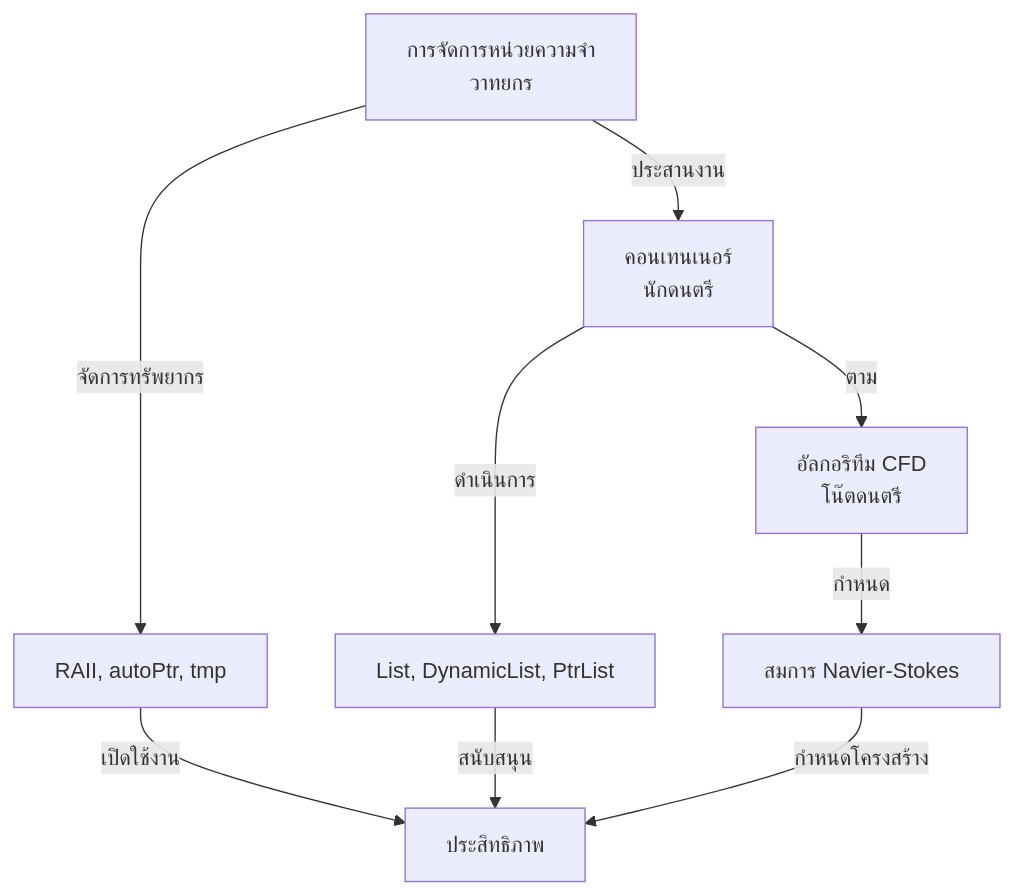
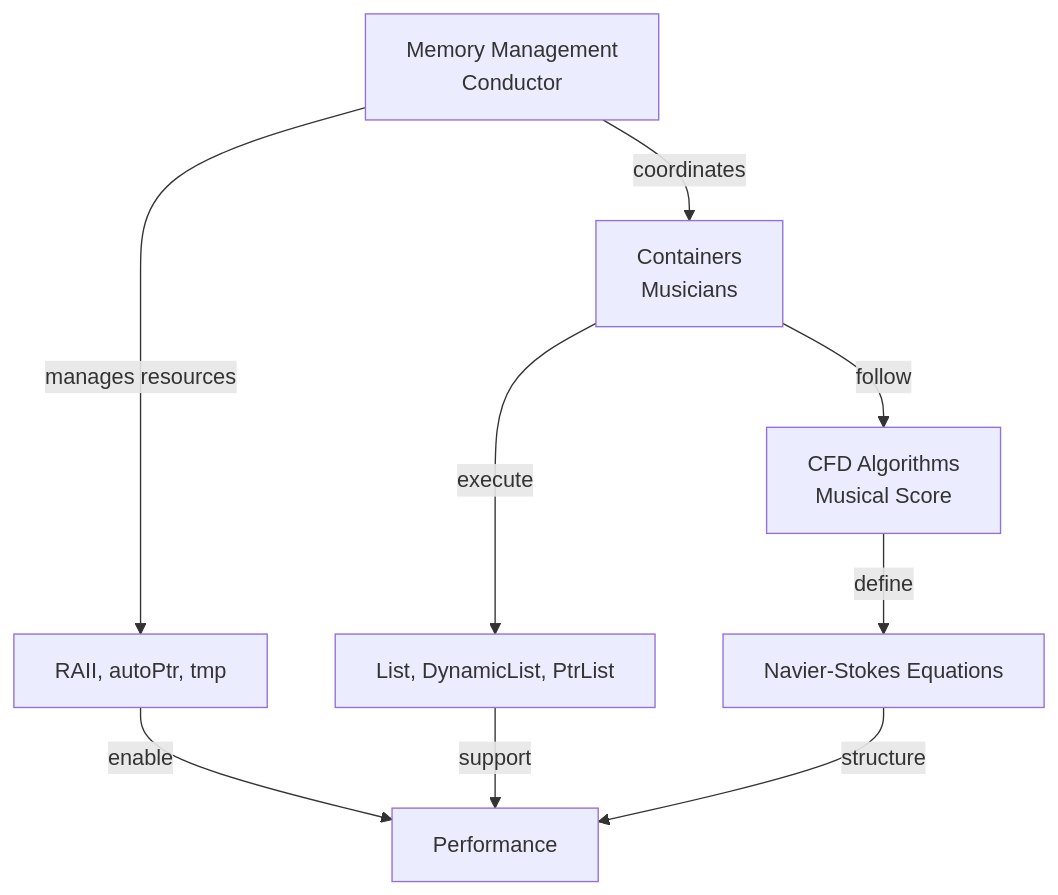
One commit to wramet/build-my-cfd changed the first of 3 diagrams in MODULE_05_OPENFOAM_PROGRAMMING/CONTENT/03_CONTAINERS_MEMORY/04_Integration_and_Best_Practices.md. Above: the diagram before and after it, drawn with Mermaid. The commit also changed other lines of this file and 2996 other files, not shown here.

````diff
--- a/MODULE_05_OPENFOAM_PROGRAMMING/CONTENT/03_CONTAINERS_MEMORY/04_Integration_and_Best_Practices.md
+++ b/MODULE_05_OPENFOAM_PROGRAMMING/CONTENT/03_CONTAINERS_MEMORY/04_Integration_and_Best_Practices.md
@@ -21,11 +21,11 @@
 ```mermaid
 flowchart TD
-    A[การจัดการหน่วยความจำ<br/>วาทยกร] -->|ประสานงาน| B[คอนเทนเนอร์<br/>นักดนตรี]
-    B -->|ตาม| C[อัลกอริทึม CFD<br/>โน๊ตดนตรี]
-    A -->|จัดการทรัพยากร| D[RAII, autoPtr, tmp]
-    B -->|ดำเนินการ| E[List, DynamicList, PtrList]
-    C -->|กำหนด| F[สมการ Navier-Stokes]
-    D -->|เปิดใช้งาน| G[ประสิทธิภาพ]
-    E -->|สนับสนุน| G
-    F -->|กำหนดโครงสร้าง| G
+    A[Memory Management<br/>Conductor] -->|coordinates| B[Containers<br/>Musicians]
+    B -->|follow| C[CFD Algorithms<br/>Musical Score]
+    A -->|manages resources| D[RAII, autoPtr, tmp]
+    B -->|execute| E[List, DynamicList, PtrList]
+    C -->|define| F[Navier-Stokes Equations]
+    D -->|enable| G[Performance]
+    E -->|support| G
+    F -->|structure| G
 ```
````
